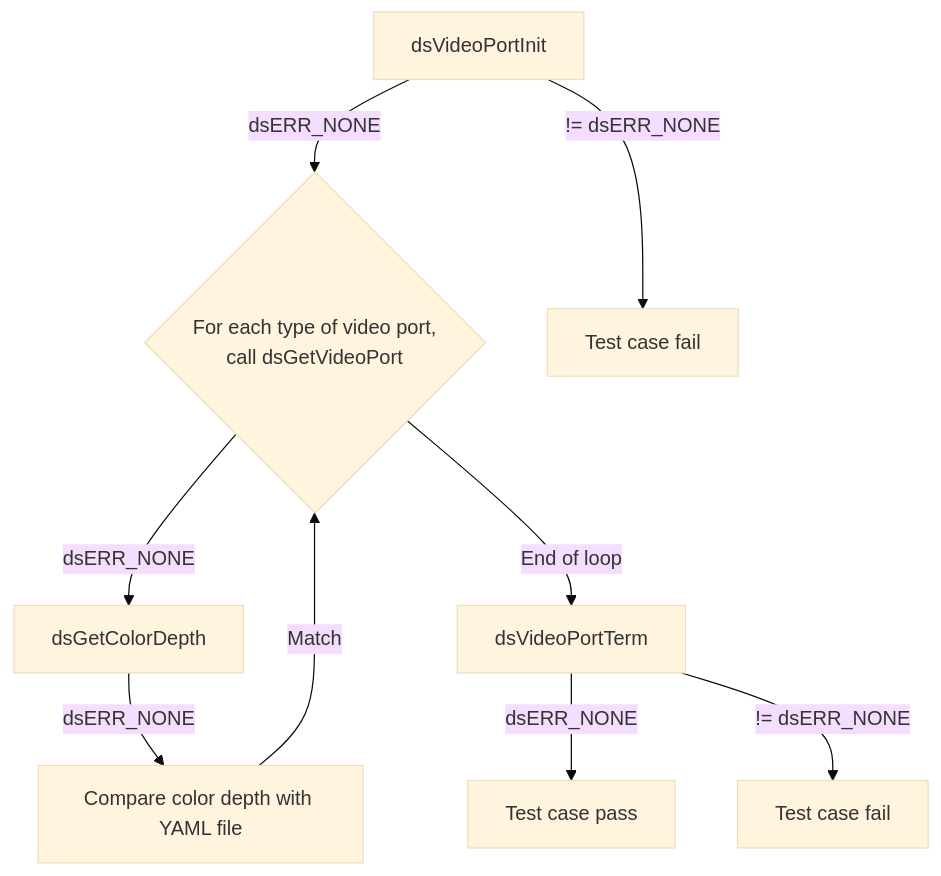
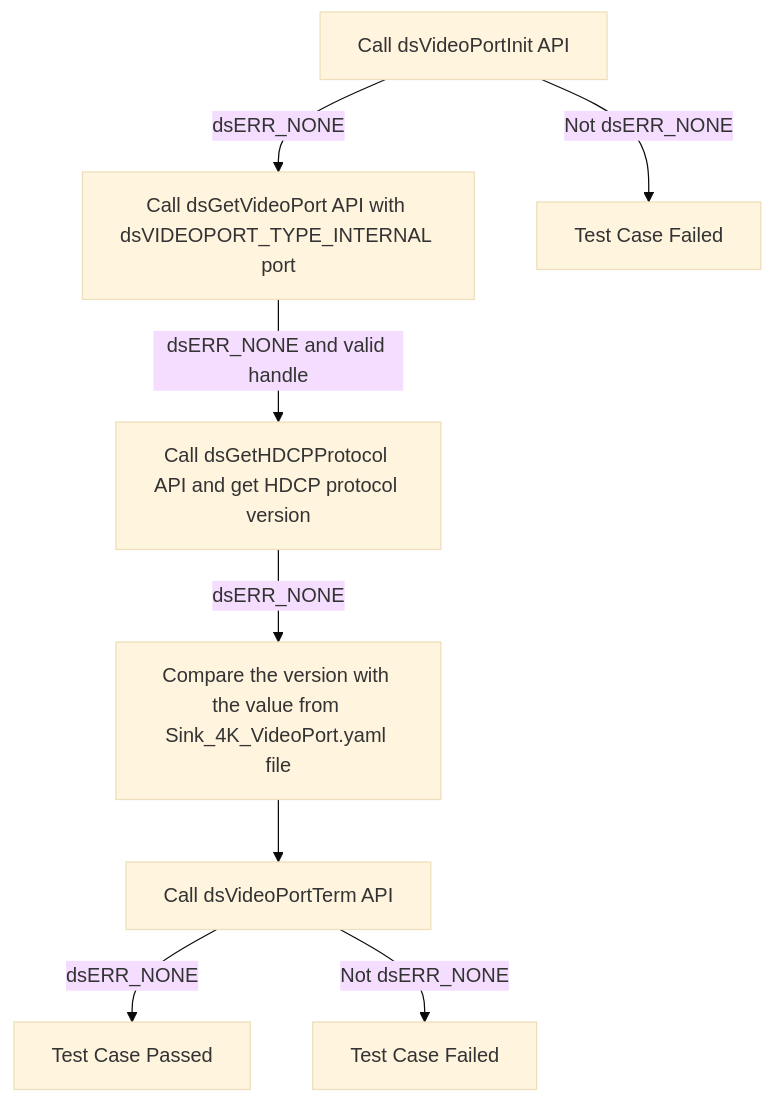
Diagram 16 of 30 in docs/pages/dsVideoPort_L2_Low-Level_TestSpecification.md (rdkcentral/rdk-halif-test-device_settings), drawn with Mermaid (base theme) before and after one commit. The commit also changed other lines of this file and 5 other files, not shown here.

````diff
--- a/docs/pages/dsVideoPort_L2_Low-Level_TestSpecification.md
+++ b/docs/pages/dsVideoPort_L2_Low-Level_TestSpecification.md
@@ -644,11 +731,11 @@
 ```mermaid
 graph TB
-    A[dsVideoPortInit] -->|dsERR_NONE| B{For each type of video port, <br> call dsGetVideoPort }
-    B -->|dsERR_NONE| C[dsGetColorDepth]
-    C -->|dsERR_NONE| D[Compare color depth with YAML file]
-    D -->|Match| B
-    B -->|End of loop| H[dsVideoPortTerm]
-    H -->|dsERR_NONE| I[Test case pass]
-    A -->|!= dsERR_NONE| J[Test case fail]
-    H -->|!= dsERR_NONE| Q[Test case fail]
+    Step1[Call dsVideoPortInit API]
+    Step1 -- dsERR_NONE --> Step2[Call dsGetVideoPort API with dsVIDEOPORT_TYPE_INTERNAL port]
+    Step1 -- Not dsERR_NONE --> Fail1[Test Case Failed]
+    Step2 -- dsERR_NONE and valid handle --> Step3[Call dsGetHDCPProtocol API and get HDCP protocol version]
+    Step3 -- dsERR_NONE --> Step5[Compare the version with the value from Sink_4K_VideoPort.yaml file ]
+    Step5 --> Step6[Call dsVideoPortTerm API]
+    Step6 -- dsERR_NONE --> End[Test Case Passed]
+    Step6 -- Not dsERR_NONE --> Fail6[Test Case Failed]
 ```
````
